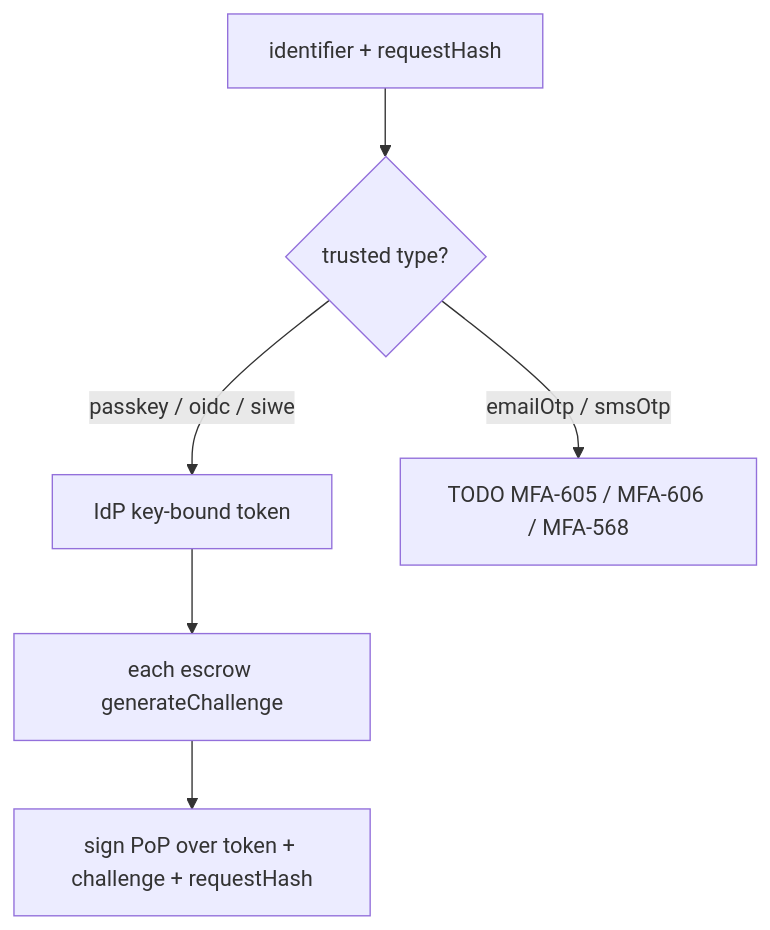
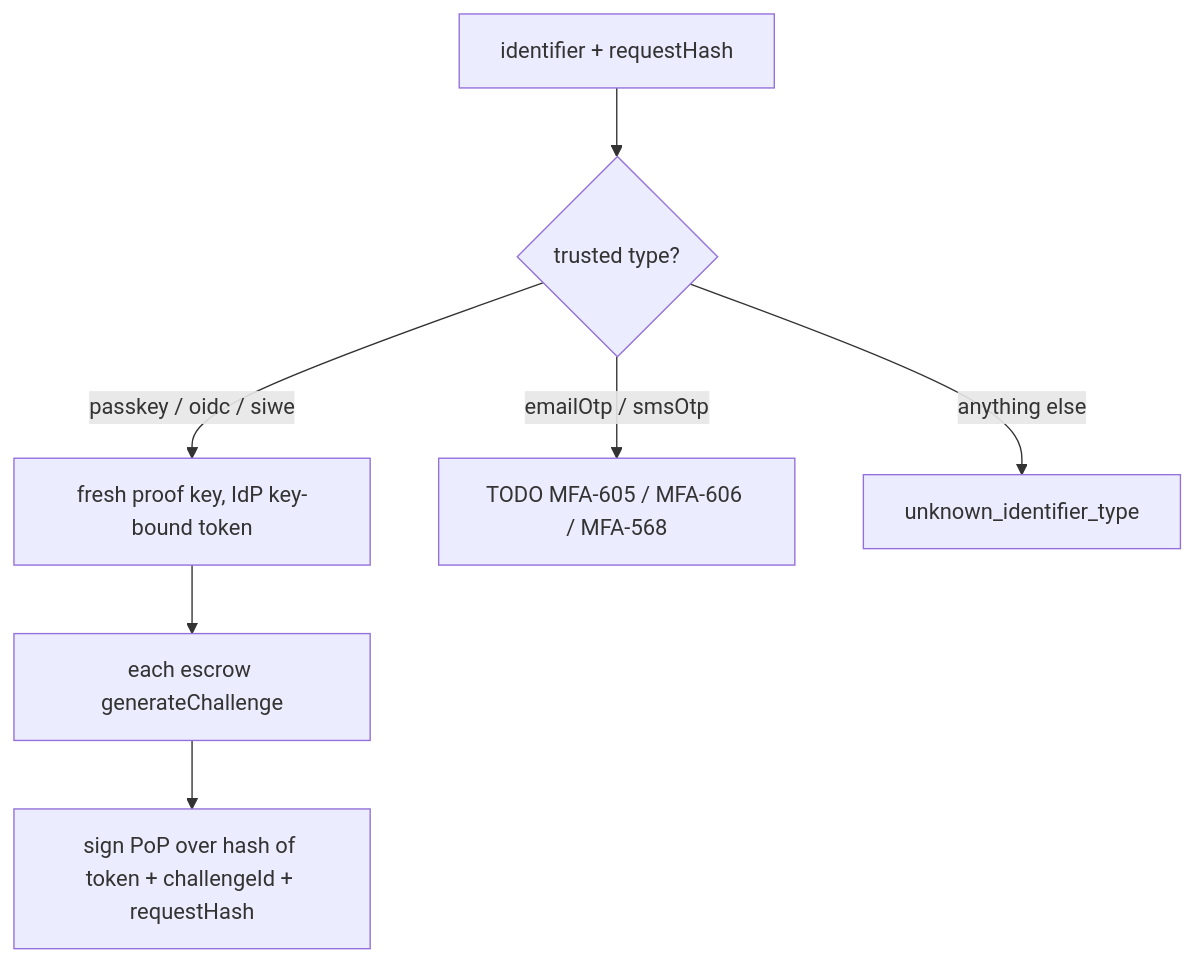
One commit to MetaMask/core changed the sixth of 7 diagrams in packages/mfa-recovery-controller/ARCHITECTURE.md. Above: the diagram before and after it, drawn with Mermaid. The commit also changed other lines of this file, not shown here.

First line of the commit message:
docs: enhance architecture documentation for mfa-recovery-controller

````diff
--- a/packages/mfa-recovery-controller/ARCHITECTURE.md
+++ b/packages/mfa-recovery-controller/ARCHITECTURE.md
@@ -234,8 +325,9 @@
 ```mermaid
 flowchart TD
   Start[identifier + requestHash] --> Mode{trusted type?}
-  Mode -->|passkey / oidc / siwe| KB[IdP key-bound token]
+  Mode -->|passkey / oidc / siwe| KB[fresh proof key, IdP key-bound token]
   KB --> Chal[each escrow generateChallenge]
-  Chal --> PoP[sign PoP over token + challenge + requestHash]
+  Chal --> PoP[sign PoP over hash of token + challengeId + requestHash]
   Mode -->|emailOtp / smsOtp| Todo[TODO MFA-605 / MFA-606 / MFA-568]
+  Mode -->|anything else| Reject[unknown_identifier_type]
 ```
````
